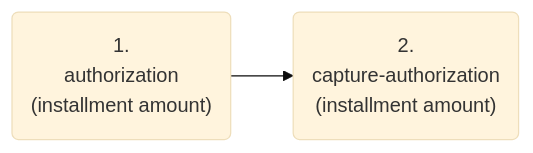
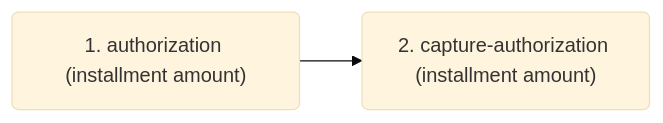
One commit to wirecard/merchant-documentation-gateway changed diagram 13 of 17 in 11-01-09-three-d-secure-two-payment-flows.adoc. Above: the diagram before and after it, drawn with Mermaid (base theme). The commit also changed other lines of this file and 1 other file, not shown here.

Commit message:
Update diagrams

```diff
--- a/11-01-09-three-d-secure-two-payment-flows.adoc
+++ b/11-01-09-three-d-secure-two-payment-flows.adoc
@@ -2384,5 +2384,5 @@
 [mermaid,API_CC_3DS2_PaymentFlows_InstallmentMIT_SubsequentNoAuth_TwoStep,svg,width=60]
 ----
 graph LR
-A("<center>1.<br>authorization<br>(installment amount)</center>")-->B("<center>2.<br>capture-authorization<br>(installment amount)</center>")
+A("1. authorization (installment amount)")-->B("2. capture-authorization (installment amount)")
 ----
```
